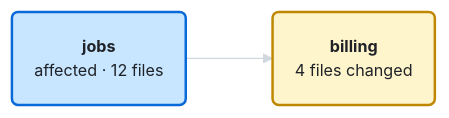
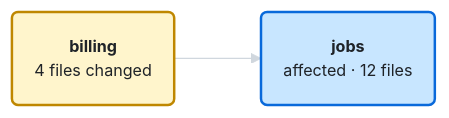
The diagram in docs/proposals/pr-map-examples/short.md (fredarcito/reins), drawn with Mermaid before and after one commit. The commit also changed other lines of this file and 8 other files, not shown here.

````diff
--- a/docs/proposals/pr-map-examples/short.md
+++ b/docs/proposals/pr-map-examples/short.md
@@ -8,15 +8,15 @@
 ```mermaid
 %%{init: {"theme": "base", "flowchart": {"curve": "basis", "padding": 18, "nodeSpacing": 28, "rankSpacing": 70}, "themeVariables": {"fontFamily": "-apple-system, BlinkMacSystemFont, Segoe UI, Helvetica, Arial, sans-serif", "fontSize": "13px", "primaryColor": "#ffffff", "primaryBorderColor": "#d0d7de", "primaryTextColor": "#1f2328", "lineColor": "#8c959f", "edgeLabelBackground": "#ffebe9", "textColor": "#1f2328"}}}%%
 flowchart LR
   n1("`**billing**
   4 files changed`"):::touched
   n2("`**jobs**
   affected · 12 files`"):::affected
 
-  n2 --> n1
+  n1 --> n2
 
   classDef default fill:#ffffff,stroke:#afb8c1,stroke-width:1px,color:#1f2328
   classDef touched fill:#fff5cc,stroke:#bf8700,stroke-width:2px,color:#1f2328
   classDef affected fill:#c8e6ff,stroke:#0969da,stroke-width:2px,color:#1f2328
   linkStyle 0 stroke:#d0d7de,stroke-width:1px
 ```
````
